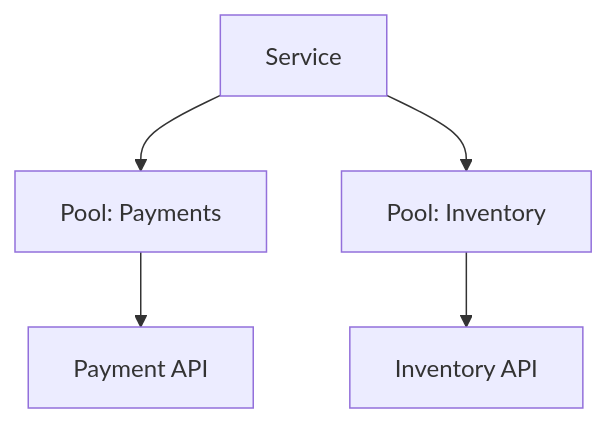
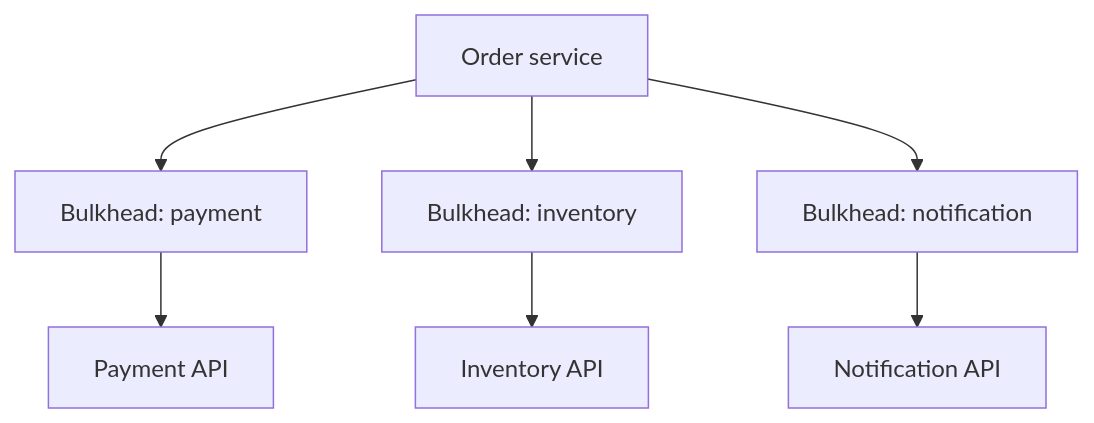
Diagram 22 of 28 in 08-microservices/README.md (hareramcse/SystemDesign), drawn with Mermaid before and after one commit. The commit also changed other lines of this file, not shown here.

````diff
--- a/08-microservices/README.md
+++ b/08-microservices/README.md
@@ -1565,7 +2535,9 @@
 ```mermaid
 flowchart TB
-    App[Service] --> PoolA["Pool: Payments"]
-    App --> PoolB["Pool: Inventory"]
+    App[Order service] --> PoolA["Bulkhead: payment"]
+    App --> PoolB["Bulkhead: inventory"]
+    App --> PoolC["Bulkhead: notification"]
     PoolA --> Pay[Payment API]
     PoolB --> Inv[Inventory API]
+    PoolC --> Notify[Notification API]
 ```
````
